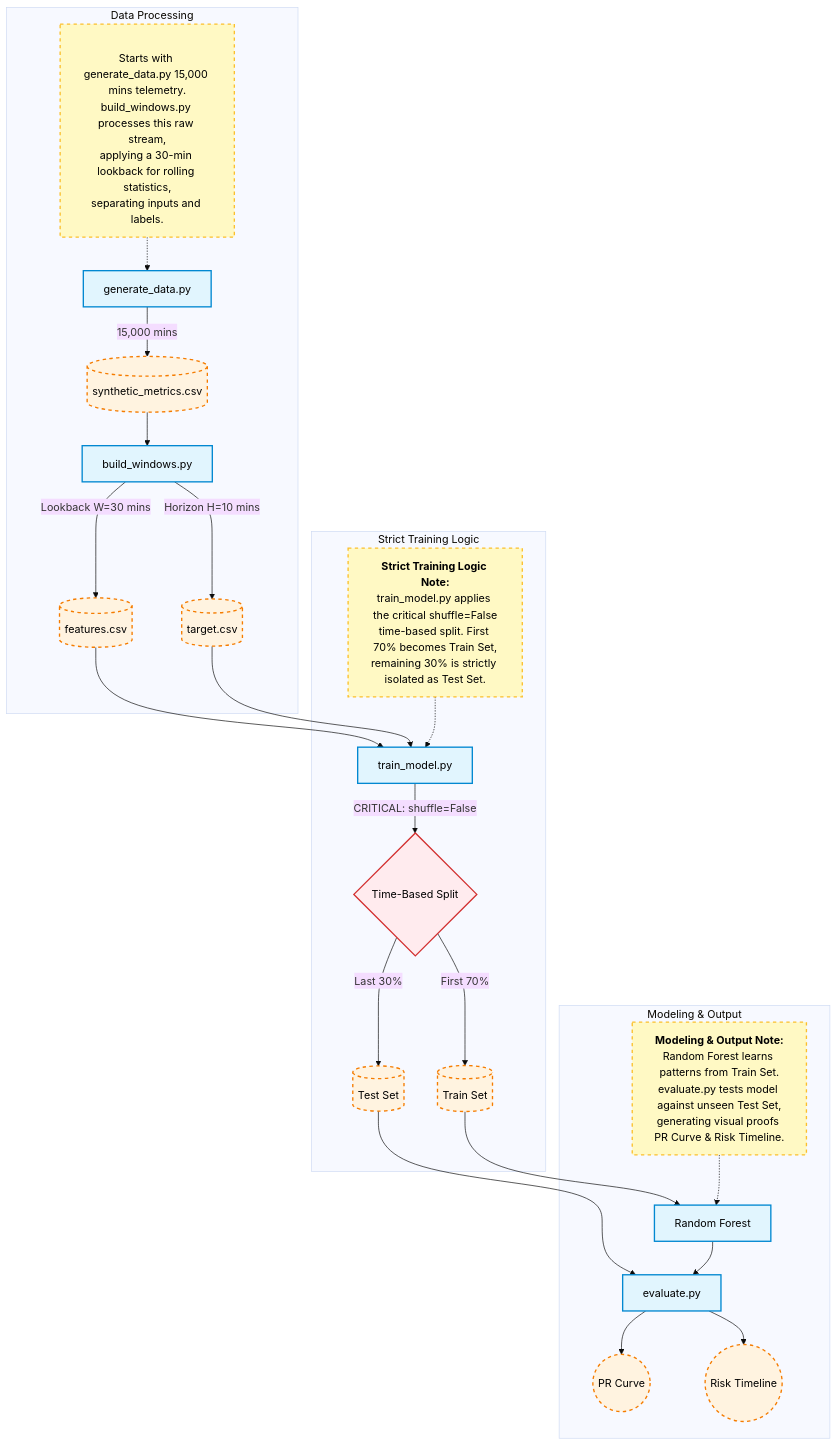
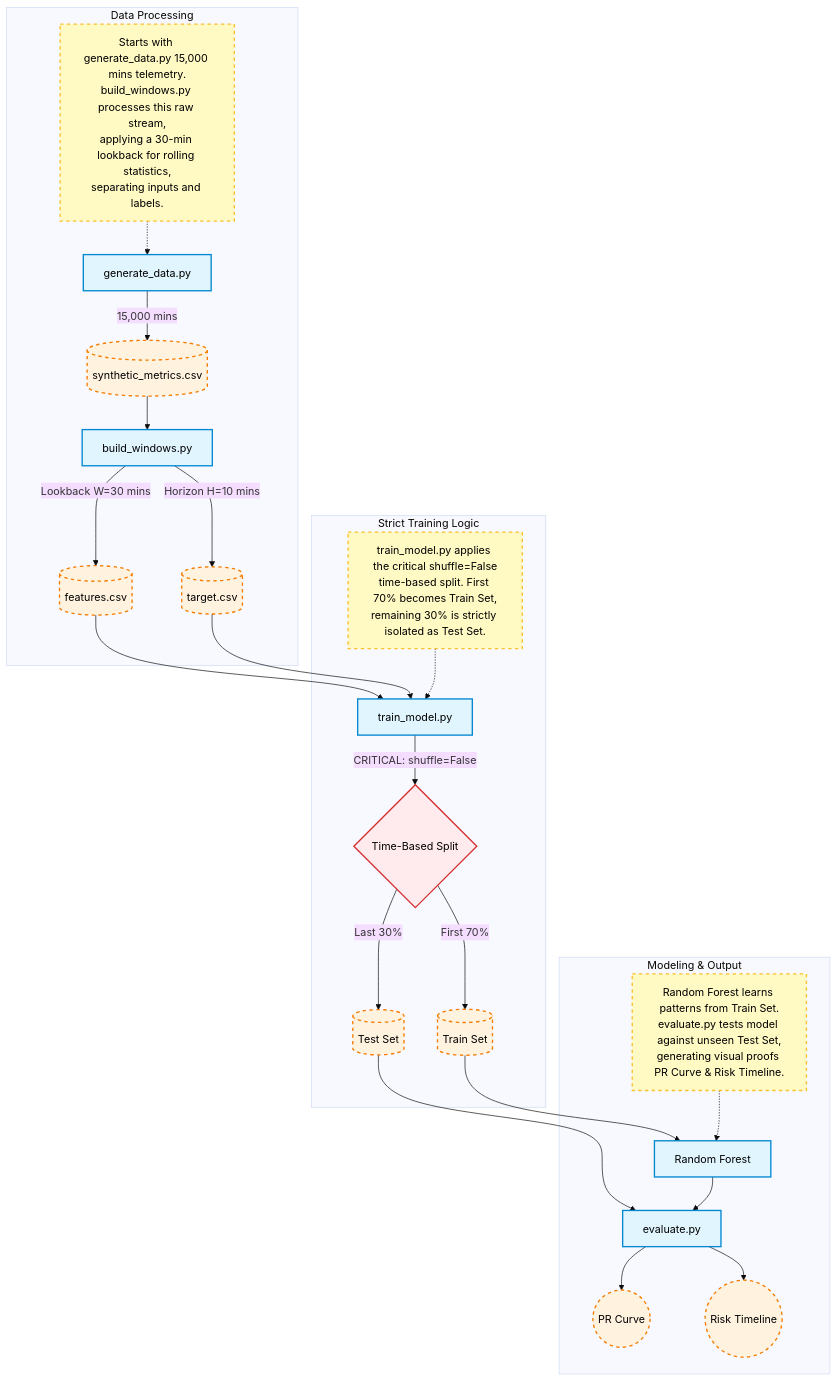
The third of 4 diagrams in DESIGN_DOC.MD (JinTonikCZ/cloud-metrics-incident-prediction), drawn with Mermaid (base theme) before and after one commit.

Commit message:
Remove HTML tags from design document notes

````diff
--- a/DESIGN_DOC.MD
+++ b/DESIGN_DOC.MD
@@ -121,44 +121,44 @@
 ```mermaid
 flowchart TD
     %% Detailed pipeline styles
     classDef script fill:#e1f5fe,stroke:#0288d1,stroke-width:2px,color:#000;
     classDef data fill:#fff3e0,stroke:#f57c00,stroke-width:2px,stroke-dasharray: 5 5,color:#000;
     classDef core fill:#ffebee,stroke:#d32f2f,stroke-width:2px,color:#000;
     %% New Note Style (Yellow Sticky Note)
     classDef note fill:#fff9c4,stroke:#fbc02d,stroke-width:2px,color:#000,stroke-dasharray: 5 5;
 
     subgraph Data Processing
-        N1[<br>Starts with generate_data.py 15,000 mins telemetry.<br>build_windows.py processes this raw stream,<br>applying a 30-min lookback for rolling statistics,<br>separating inputs and labels.]:::note
+        N1[Starts with generate_data.py 15,000 mins telemetry.<br>build_windows.py processes this raw stream,<br>applying a 30-min lookback for rolling statistics,<br>separating inputs and labels.]:::note
         
         S1[generate_data.py]:::script -->|15,000 mins| D1[(synthetic_metrics.csv)]:::data
         D1 --> S2[build_windows.py]:::script
         S2 -->|Lookback W=30 mins| D2[(features.csv)]:::data
         S2 -->|Horizon H=10 mins| D3[(target.csv)]:::data
         
         N1 -.-> S1
     end
 
     subgraph Strict Training Logic
-        N2[<b>Strict Training Logic Note:</b><br>train_model.py applies the critical shuffle=False<br>time-based split. First 70% becomes Train Set,<br>remaining 30% is strictly isolated as Test Set.]:::note
+        N2[train_model.py applies the critical shuffle=False<br>time-based split. First 70% becomes Train Set,<br>remaining 30% is strictly isolated as Test Set.]:::note
 
         D2 --> S3[train_model.py]:::script
         D3 --> S3
         S3 -->|CRITICAL: shuffle=False| Split{Time-Based Split}:::core
         Split -->|First 70%| Train[(Train Set)]:::data
         Split -->|Last 30%| Test[(Test Set)]:::data
         
         N2 -.-> S3
     end
 
     subgraph Modeling & Output
-        N3[<b>Modeling & Output Note:</b><br>Random Forest learns patterns from Train Set.<br>evaluate.py tests model against unseen Test Set,<br>generating visual proofs PR Curve & Risk Timeline.]:::note
+        N3[Random Forest learns patterns from Train Set.<br>evaluate.py tests model against unseen Test Set,<br>generating visual proofs PR Curve & Risk Timeline.]:::note
 
         Train --> M1[Random Forest]:::script
         Test --> S4[evaluate.py]:::script
         M1 --> S4
         S4 --> V1((PR Curve)):::data
         S4 --> V2((Risk Timeline)):::data
         
         N3 -.-> M1
     end
 ```
````
